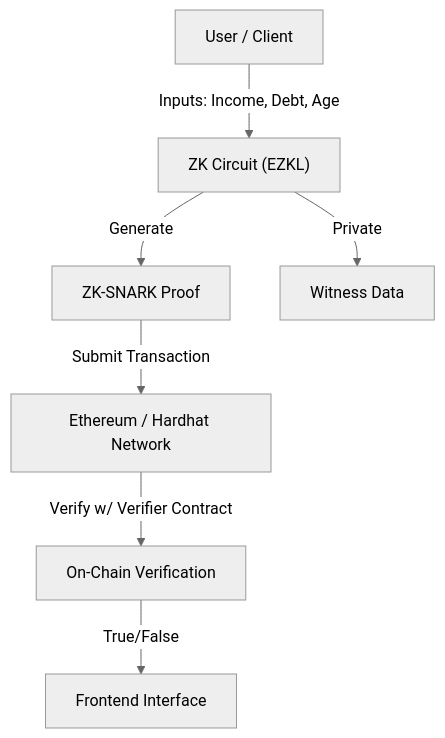
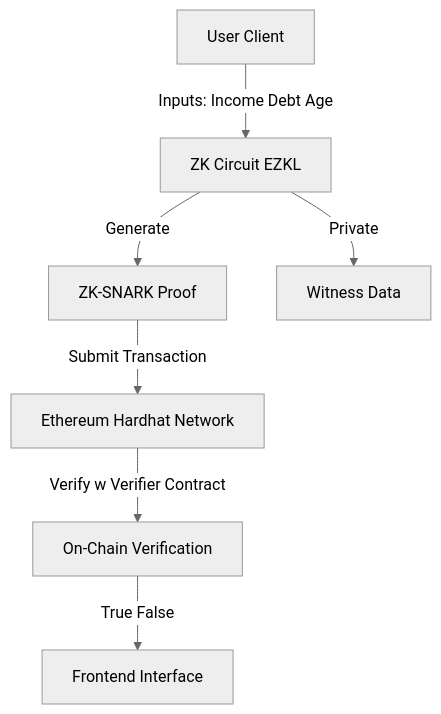
The diagram in README.md (KAVYAJOSHI1/VeriCred), drawn with Mermaid (neutral theme) before and after one commit.

Commit message:
docs: simplify mermaid diagram syntax to ensure compatibility

````diff
--- a/README.md
+++ b/README.md
@@ -18,9 +18,9 @@
 ```mermaid
 graph TD
-    User["User / Client"] -->|Inputs: Income, Debt, Age| ZK["ZK Circuit (EZKL)"]
-    ZK -->|Generate| Proof["ZK-SNARK Proof"]
-    ZK -->|Private| Witness["Witness Data"]
-    Proof -->|Submit Transaction| Blockchain["Ethereum / Hardhat Network"]
-    Blockchain -->|Verify w/ Verifier Contract| Result["On-Chain Verification"]
-    Result -->|True/False| DApp["Frontend Interface"]
+    User[User Client] -->|Inputs: Income Debt Age| ZK[ZK Circuit EZKL]
+    ZK -->|Generate| Proof[ZK-SNARK Proof]
+    ZK -->|Private| Witness[Witness Data]
+    Proof -->|Submit Transaction| Blockchain[Ethereum Hardhat Network]
+    Blockchain -->|Verify w Verifier Contract| Result[On-Chain Verification]
+    Result -->|True False| DApp[Frontend Interface]
 ```
````
